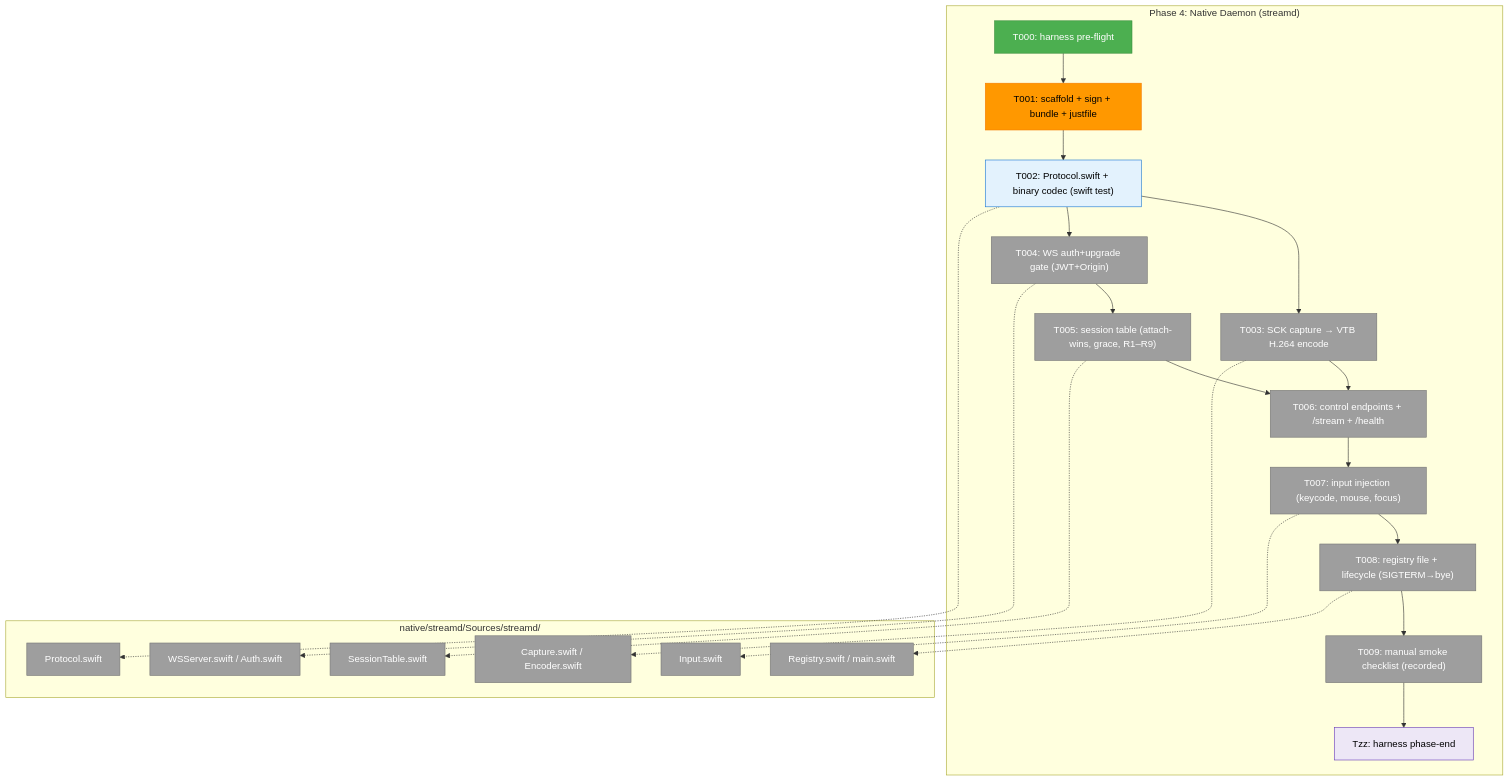
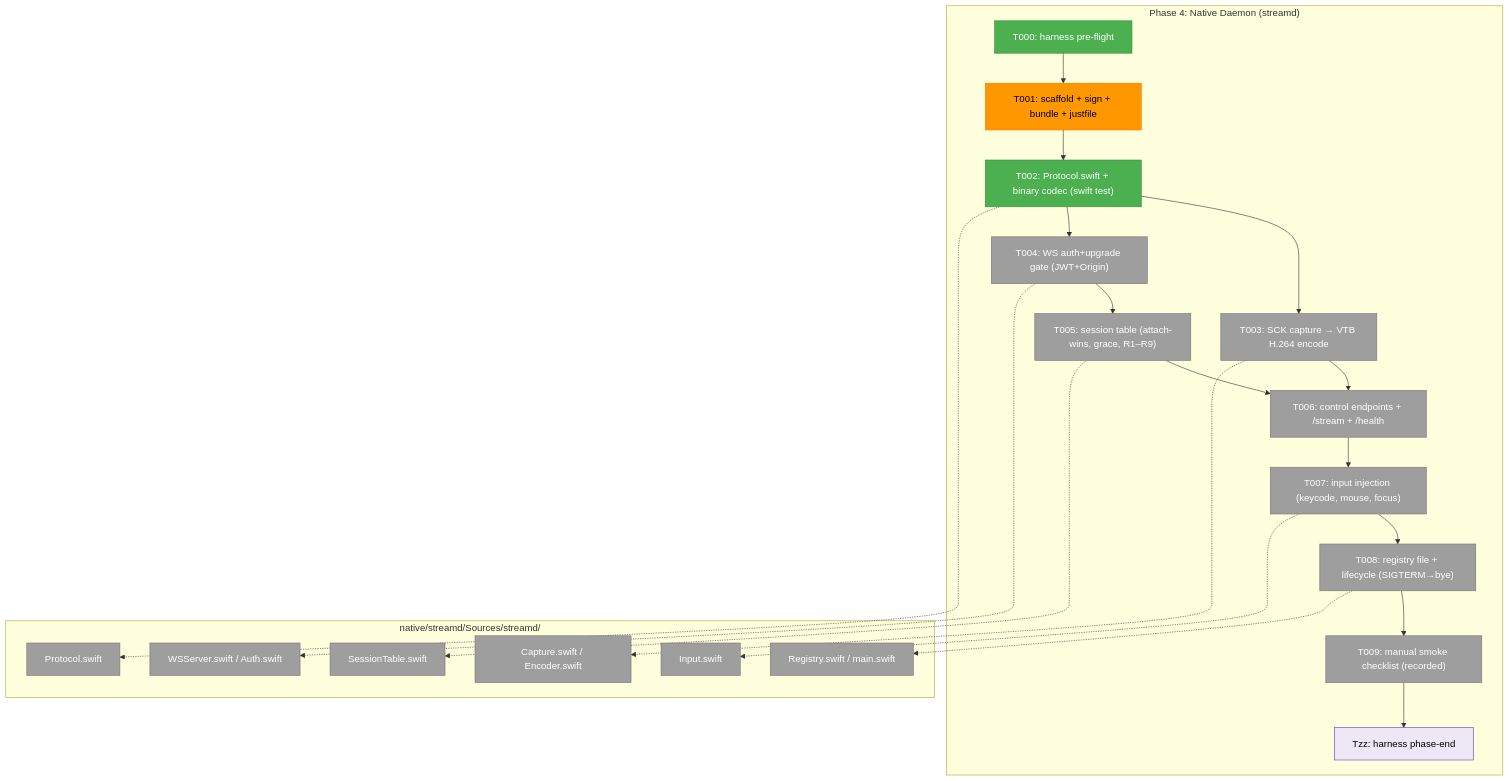
Before and after one commit to AI-Substrate/chainglass: the first of 3 diagrams in docs/plans/088-remote-app-view/tasks/phase-4-native-daemon-swift/tasks.md, drawn with Mermaid. The commit also changed other lines of this file and 6 other files, not shown here.

First line of the commit message:
test(remote-view): T002 Protocol.swift + 16-byte codec — swift test vs shared fixtures, 23/23 (Plan 088 Phase 4)

````diff
--- a/docs/plans/088-remote-app-view/tasks/phase-4-native-daemon-swift/tasks.md
+++ b/docs/plans/088-remote-app-view/tasks/phase-4-native-daemon-swift/tasks.md
@@ -112,42 +112,42 @@
 ```mermaid
 flowchart TD
     classDef pending fill:#9E9E9E,stroke:#757575,color:#fff
     classDef seam fill:#EDE7F6,stroke:#673AB7,color:#000
     classDef test fill:#E3F2FD,stroke:#1976D2,color:#000
     classDef completed fill:#4CAF50,stroke:#388E3C,color:#fff
     classDef inprogress fill:#FF9800,stroke:#F57C00,color:#000
 
     subgraph Phase["Phase 4: Native Daemon (streamd)"]
         T000["T000: harness pre-flight"]:::completed
         T001["T001: scaffold + sign + bundle + justfile"]:::inprogress
-        T002["T002: Protocol.swift + binary codec (swift test)"]:::test
+        T002["T002: Protocol.swift + binary codec (swift test)"]:::completed
         T003["T003: SCK capture → VTB H.264 encode"]:::pending
         T004["T004: WS auth+upgrade gate (JWT+Origin)"]:::pending
         T005["T005: session table (attach-wins, grace, R1–R9)"]:::pending
         T006["T006: control endpoints + /stream + /health"]:::pending
         T007["T007: input injection (keycode, mouse, focus)"]:::pending
         T008["T008: registry file + lifecycle (SIGTERM→bye)"]:::pending
         T009["T009: manual smoke checklist (recorded)"]:::pending
         Tzz["Tzz: harness phase-end"]:::seam
         T000 --> T001 --> T002 --> T003
         T002 --> T004 --> T005 --> T006
         T003 --> T006
         T006 --> T007 --> T008 --> T009 --> Tzz
     end
 
     subgraph Sources["native/streamd/Sources/streamd/"]
         F1["Protocol.swift"]:::pending
         F2["Capture.swift / Encoder.swift"]:::pending
         F3["WSServer.swift / Auth.swift"]:::pending
         F4["SessionTable.swift"]:::pending
         F5["Input.swift"]:::pending
         F6["Registry.swift / main.swift"]:::pending
     end
 
     T002 -.-> F1
     T003 -.-> F2
     T004 -.-> F3
     T005 -.-> F4
     T007 -.-> F5
     T008 -.-> F6
 ```
````
